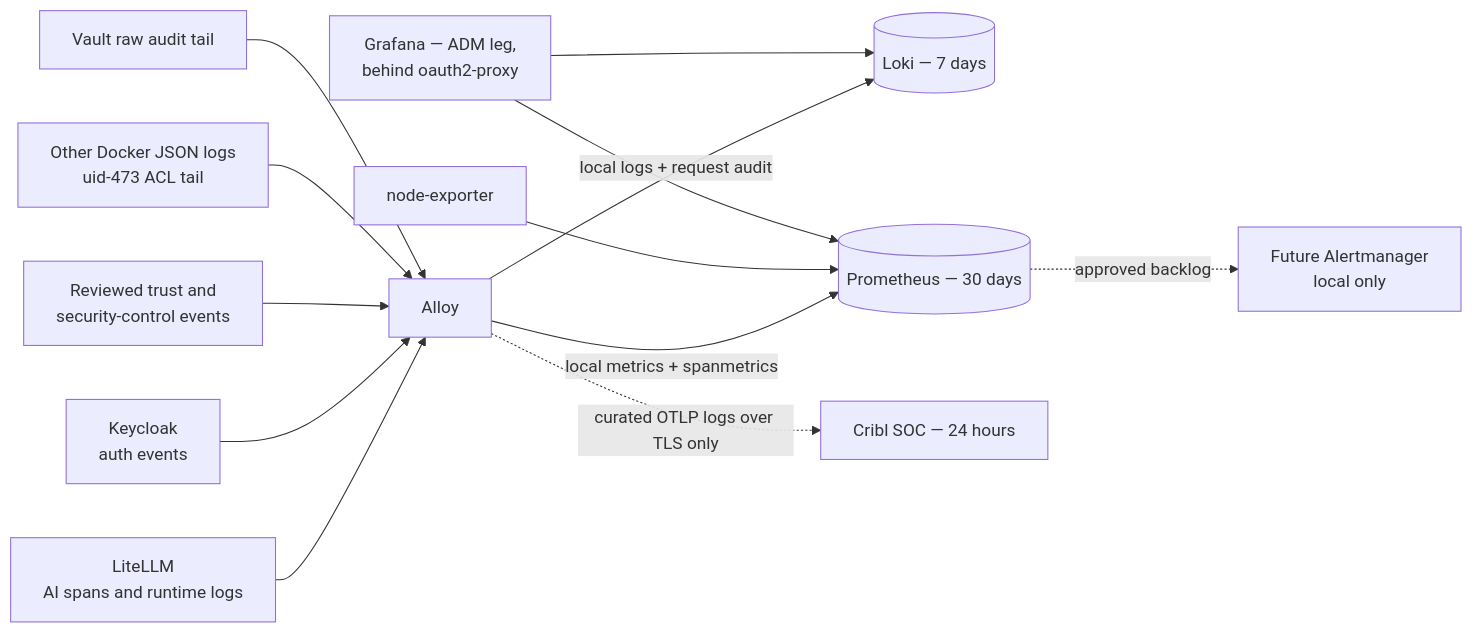
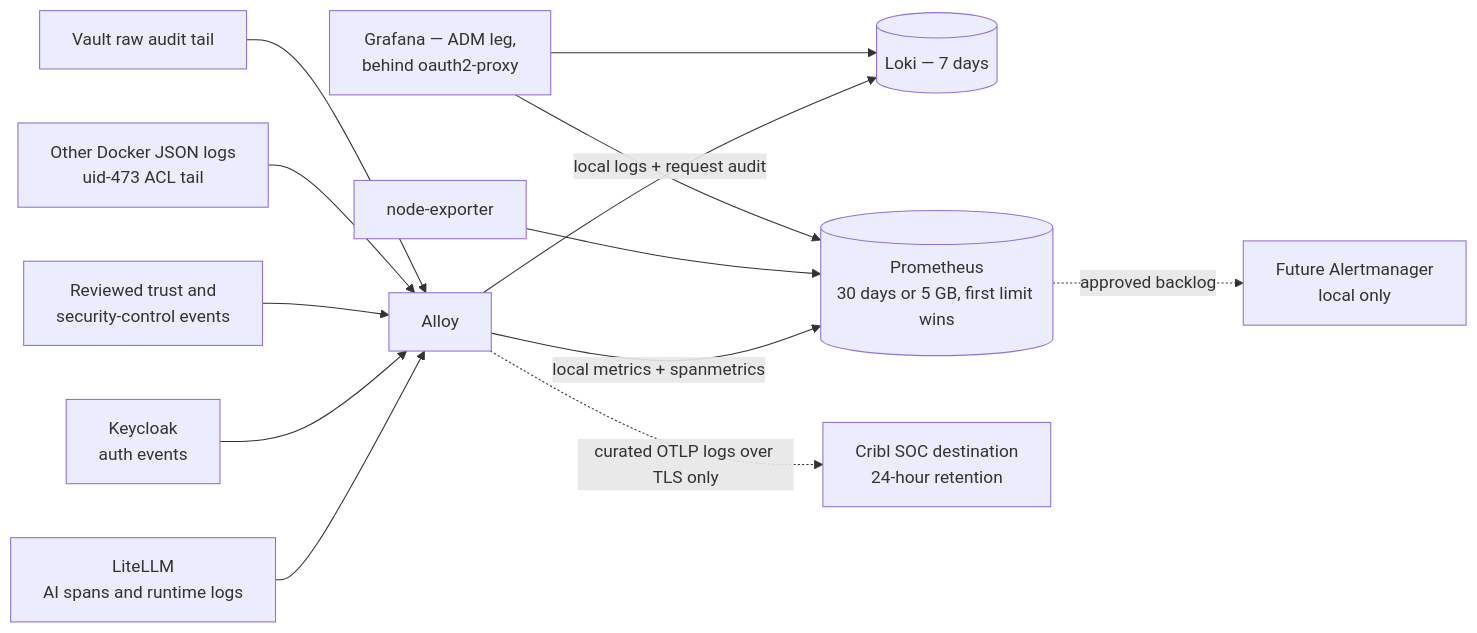
The ninth of 14 diagrams in docs/architecture-diagrams.md (derhornspieler/ai-gateway), drawn with Mermaid before and after one commit. The commit also changed other lines of this file and 33 other files, not shown here.

````diff
--- a/docs/architecture-diagrams.md
+++ b/docs/architecture-diagrams.md
@@ -264,15 +289,15 @@
 ```mermaid
 flowchart LR
   LL[LiteLLM<br/>AI spans and runtime logs] --> AL[Alloy]
   KC[Keycloak<br/>auth events] --> AL
   SE[Reviewed trust and<br/>security-control events] --> AL
   DL[Other Docker JSON logs<br/>uid-473 ACL tail] --> AL
   VA[Vault raw audit tail] --> AL
 
   AL -->|local logs + request audit| LK[(Loki — 7 days)]
-  AL -->|local metrics + spanmetrics| PR[(Prometheus — 30 days)]
+  AL -->|local metrics + spanmetrics| PR[(Prometheus<br/>30 days or 5 GB, first limit wins)]
   NE[node-exporter] --> PR
   PR -.approved backlog.-> AM[Future Alertmanager<br/>local only]
-  AL -.curated OTLP logs over TLS only.-> CR[Cribl SOC — 24 hours]
+  AL -.curated OTLP logs over TLS only.-> CR[Cribl SOC destination<br/>24-hour retention]
   GF[Grafana — ADM leg,<br/>behind oauth2-proxy] --> LK & PR
 ```
````
